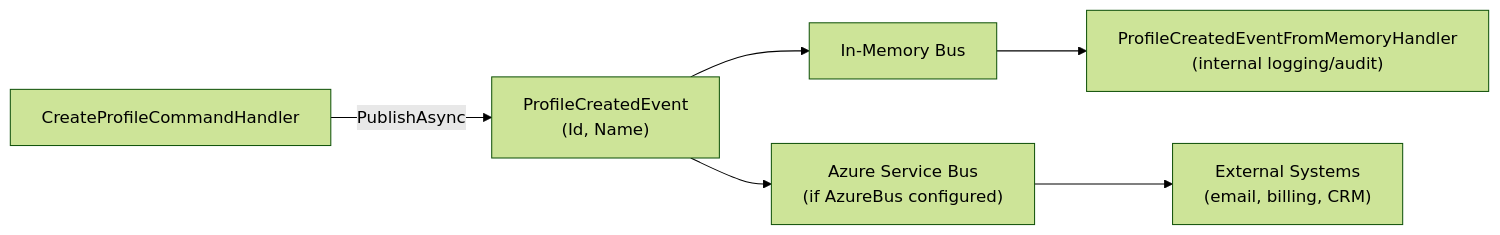
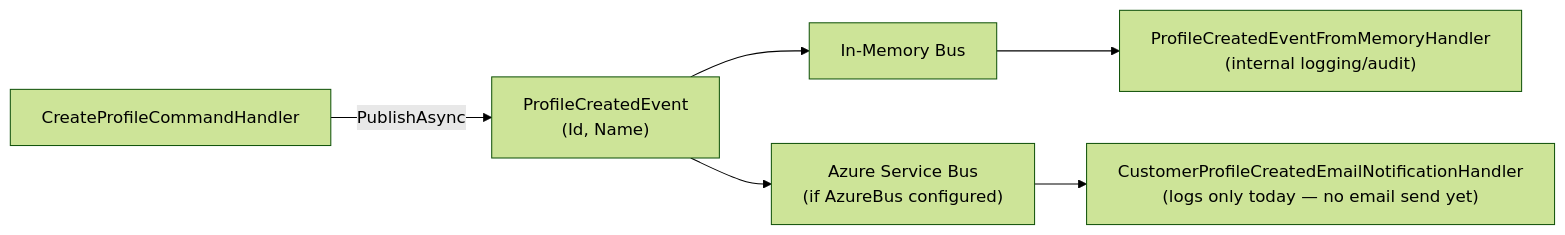
The diagram in docs/features/customer-profiles/events.md (baoduy/DKNet.Templates), drawn with Mermaid (forest theme) before and after one commit. The commit also changed other lines of this file and 9 other files, not shown here.

````diff
--- a/docs/features/customer-profiles/events.md
+++ b/docs/features/customer-profiles/events.md
@@ -94,15 +94,15 @@
 ```mermaid
 graph LR
     HDL["CreateProfileCommandHandler"]
     EVT["ProfileCreatedEvent\n(Id, Name)"]
     MEM["In-Memory Bus"]
     AZ["Azure Service Bus\n(if AzureBus configured)"]
     INTL["ProfileCreatedEventFromMemoryHandler\n(internal logging/audit)"]
-    EXT["External Systems\n(email, billing, CRM)"]
+    EXT["CustomerProfileCreatedEmailNotificationHandler\n(logs only today — no email send yet)"]
 
     HDL -->|PublishAsync| EVT
     EVT --> MEM
     EVT --> AZ
     MEM --> INTL
     AZ --> EXT
 ```
````
